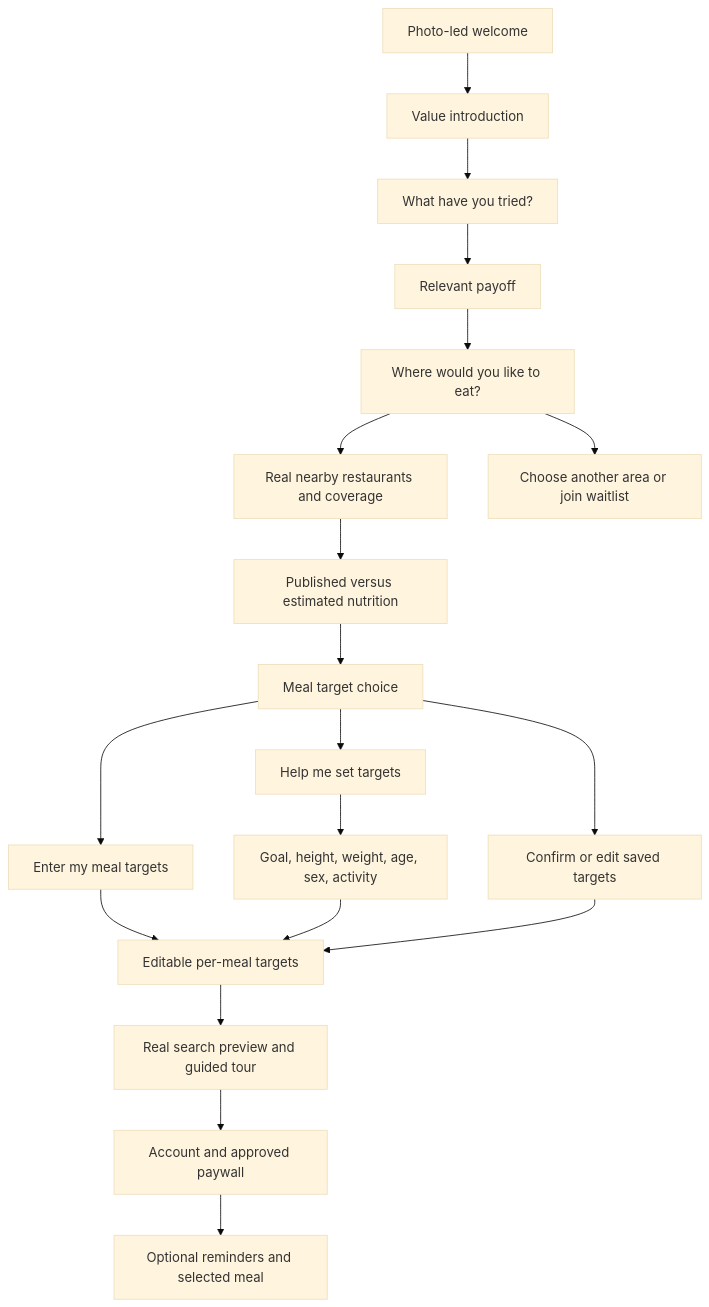
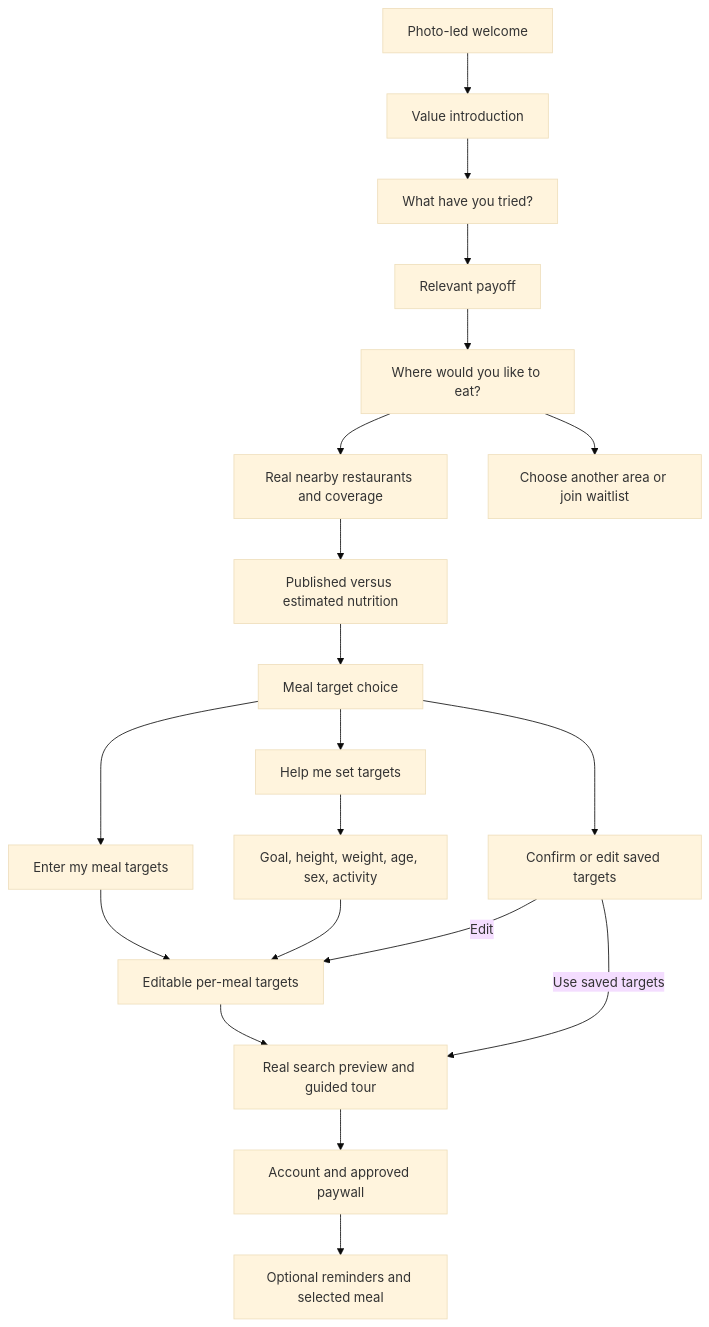
The diagram in docs/product/onboarding/original-flow-targeted-update.md (dgmolla/fitsy), drawn with Mermaid (base theme) before and after one commit.

Commit message:
Clarify the direct saved-target confirmation path

````diff
--- a/docs/product/onboarding/original-flow-targeted-update.md
+++ b/docs/product/onboarding/original-flow-targeted-update.md
@@ -6,21 +6,22 @@
 ```mermaid
 flowchart TD
   A[Photo-led welcome] --> B[Value introduction]
   B --> C[What have you tried?]
   C --> D[Relevant payoff]
   D --> E[Where would you like to eat?]
   E --> F[Real nearby restaurants and coverage]
   E --> X[Choose another area or join waitlist]
   F --> G[Published versus estimated nutrition]
   G --> H[Meal target choice]
   H --> I[Enter my meal targets]
   H --> J[Help me set targets]
   H --> K[Confirm or edit saved targets]
   J --> L[Goal, height, weight, age, sex, activity]
   I --> M[Editable per-meal targets]
   L --> M
-  K --> M
+  K -->|Edit| M
+  K -->|Use saved targets| N
   M --> N[Real search preview and guided tour]
   N --> O[Account and approved paywall]
   O --> P[Optional reminders and selected meal]
 ```
````
